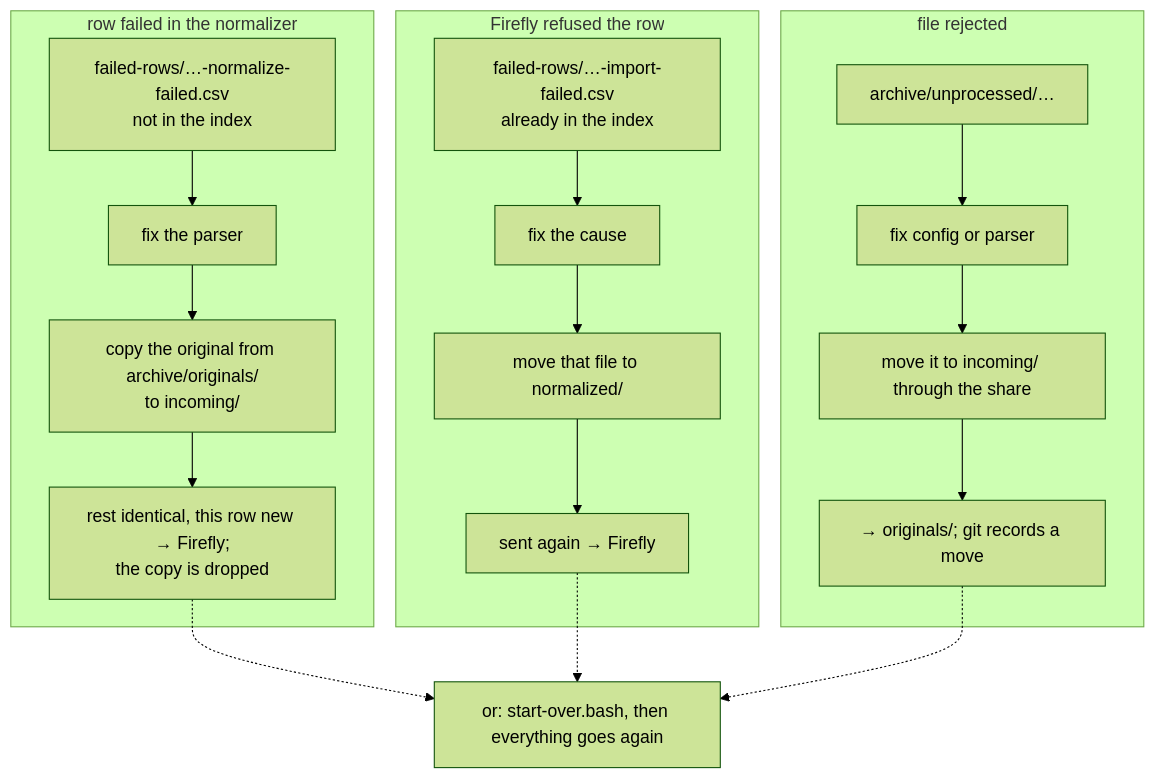
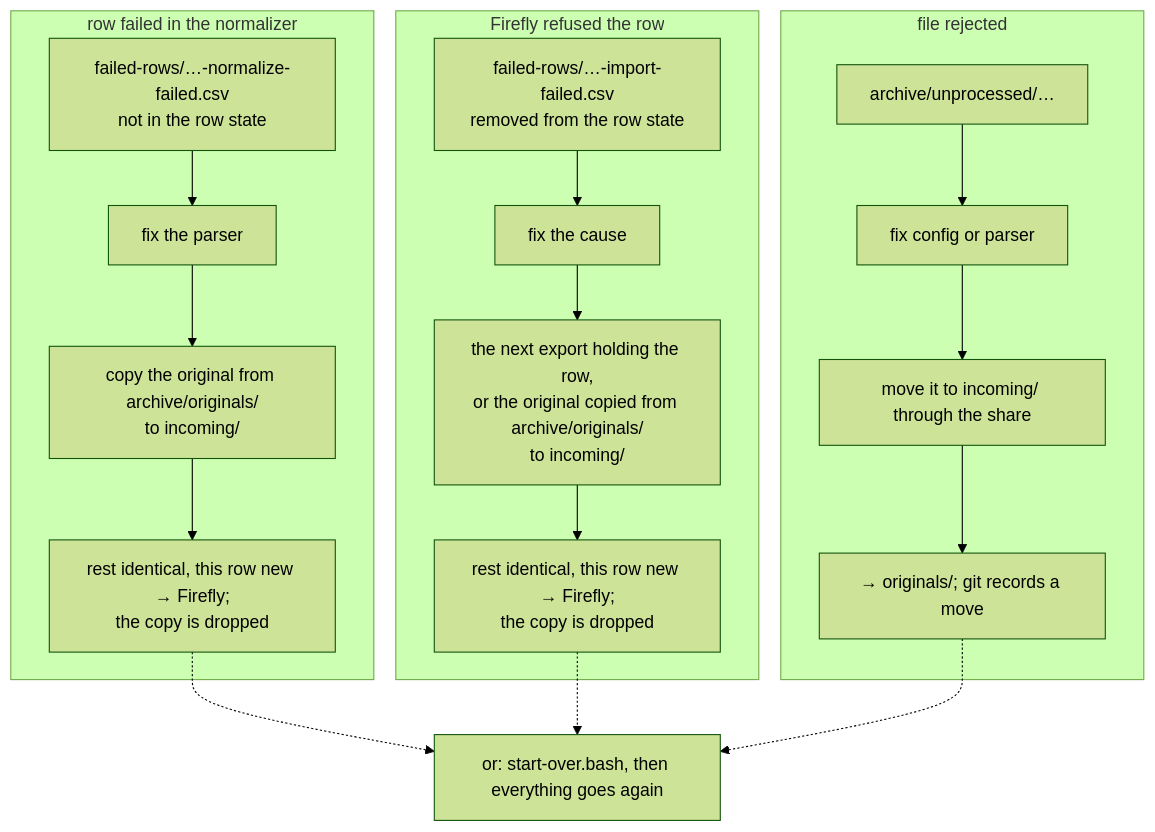
One commit to TrueNAS-Script-Kiddie/firefly-iii-feeder changed the sixth of 8 diagrams in docs/archive-and-reload.md. Above: the diagram before and after it, drawn with Mermaid (forest theme). The commit also changed other lines of this file and 13 other files, not shown here.

First line of the commit message:
Row state: Firefly id per bank row, transfer sides used once ever, archive last

````diff
--- a/docs/archive-and-reload.md
+++ b/docs/archive-and-reload.md
@@ -162,21 +162,21 @@
 ```mermaid
 flowchart TD
     subgraph NORM["row failed in the normalizer"]
-        A1["failed-rows/…-normalize-failed.csv<br/>not in the index"] --> A2[fix the parser]
+        A1["failed-rows/…-normalize-failed.csv<br/>not in the row state"] --> A2[fix the parser]
         A2 --> A3["copy the original from archive/originals/<br/>to incoming/"]
         A3 --> A4[rest identical, this row new → Firefly;<br/>the copy is dropped]
     end
     subgraph IMP["Firefly refused the row"]
-        B1["failed-rows/…-import-failed.csv<br/>already in the index"] --> B2[fix the cause]
-        B2 --> B3["move that file to normalized/"]
-        B3 --> B4[sent again → Firefly]
+        B1["failed-rows/…-import-failed.csv<br/>removed from the row state"] --> B2[fix the cause]
+        B2 --> B3["the next export holding the row,<br/>or the original copied from archive/originals/<br/>to incoming/"]
+        B3 --> B4[rest identical, this row new → Firefly;<br/>the copy is dropped]
     end
     subgraph UNP["file rejected"]
         C1["archive/unprocessed/…"] --> C2[fix config or parser]
         C2 --> C3["move it to incoming/ through the share"]
         C3 --> C4["→ originals/; git records a move"]
     end
     A4 -.-> Z[or: start-over.bash, then everything goes again]
     B4 -.-> Z
     C4 -.-> Z
 ```
````
